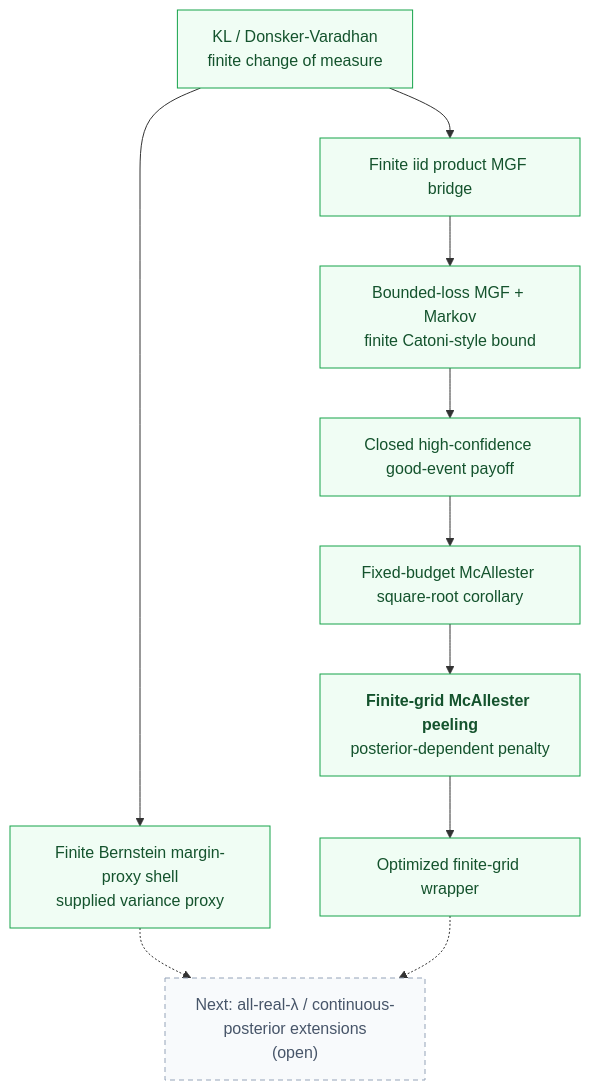
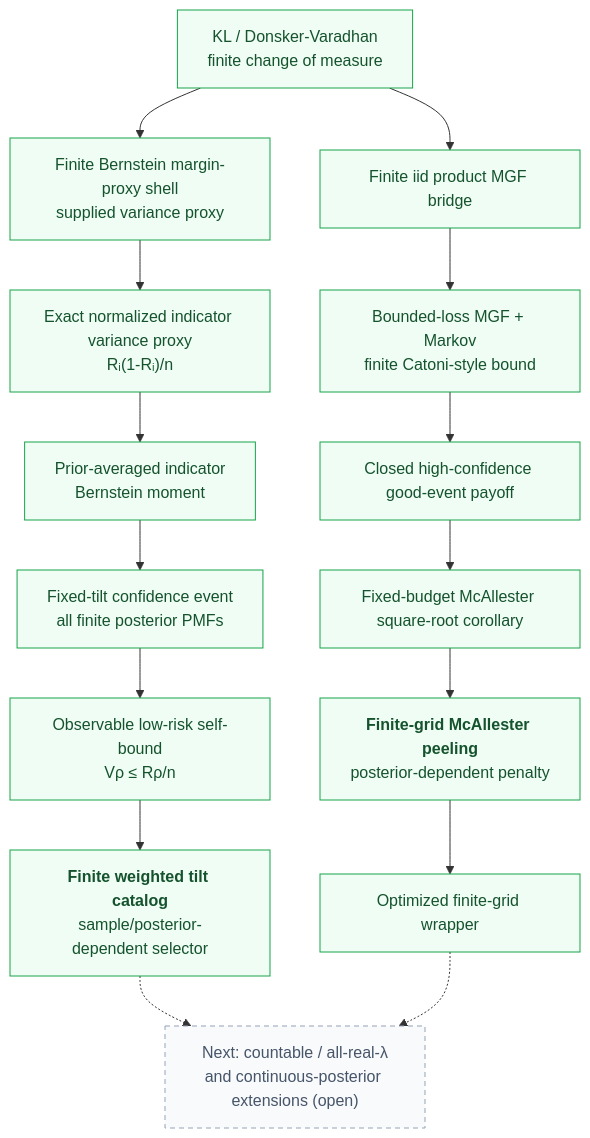
One commit to Robby955/FormalSLT changed the sixth of 7 diagrams in docs/diagrams.md. Above: the diagram before and after it, drawn with Mermaid. The commit also changed other lines of this file and 20 other files, not shown here.

First line of the commit message:
feat(pac-bayes): add weighted indicator tilt catalog (#45)

````diff
--- a/docs/diagrams.md
+++ b/docs/diagrams.md
@@ -192,22 +193,27 @@
 ```mermaid
 flowchart TD
     kl["KL / Donsker-Varadhan<br/>finite change of measure"]
     mgf["Finite iid product MGF bridge"]
     catoni["Bounded-loss MGF + Markov<br/>finite Catoni-style bound"]
     payoff["Closed high-confidence good-event payoff"]
     fixed["Fixed-budget McAllester square-root corollary"]
     peeling["<b>Finite-grid McAllester peeling</b><br/>posterior-dependent penalty"]
     optimized["Optimized finite-grid wrapper"]
     bernstein["Finite Bernstein margin-proxy shell<br/>supplied variance proxy"]
-    future["Next: all-real-λ / continuous-posterior extensions<br/>(open)"]
+    variance["Exact normalized indicator variance proxy<br/>Rᵢ(1-Rᵢ)/n"]
+    moment["Prior-averaged indicator<br/>Bernstein moment"]
+    confidence["Fixed-tilt confidence event<br/>all finite posterior PMFs"]
+    lowrisk["Observable low-risk self-bound<br/>Vρ ≤ Rρ/n"]
+    catalog["<b>Finite weighted tilt catalog</b><br/>sample/posterior-dependent selector"]
+    future["Next: countable / all-real-λ<br/>and continuous-posterior extensions (open)"]
 
     kl --> mgf --> catoni --> payoff --> fixed --> peeling --> optimized
-    kl --> bernstein
-    bernstein -.-> future
+    kl --> bernstein --> variance --> moment --> confidence --> lowrisk --> catalog
+    catalog -.-> future
     optimized -.-> future
 
     classDef verified fill:#f0fdf4,stroke:#16a34a,color:#14532d;
     classDef future fill:#f8fafc,stroke:#94a3b8,color:#475569,stroke-dasharray: 5 4;
-    class kl,mgf,catoni,payoff,fixed,peeling,optimized,bernstein verified;
+    class kl,mgf,catoni,payoff,fixed,peeling,optimized,bernstein,variance,moment,confidence,lowrisk,catalog verified;
     class future future;
 ```
````
